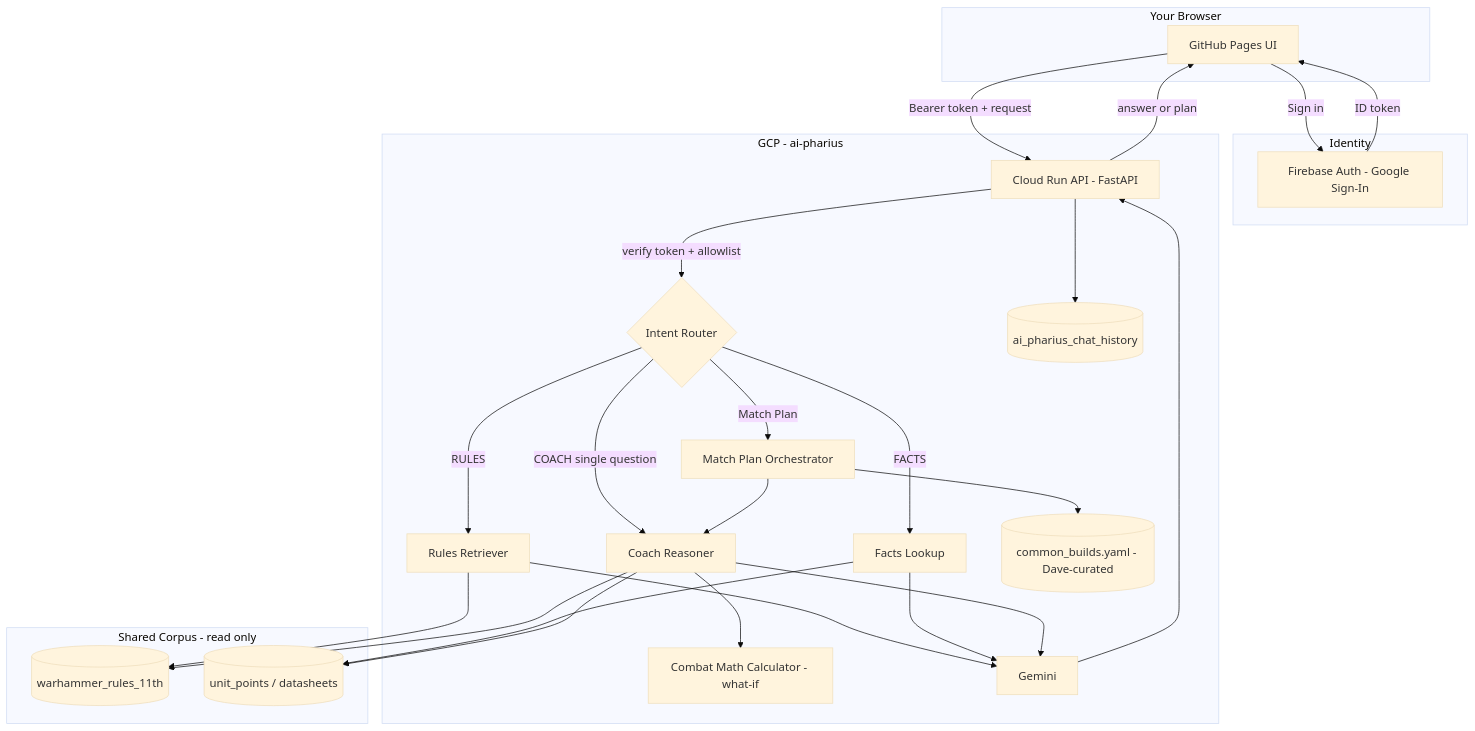
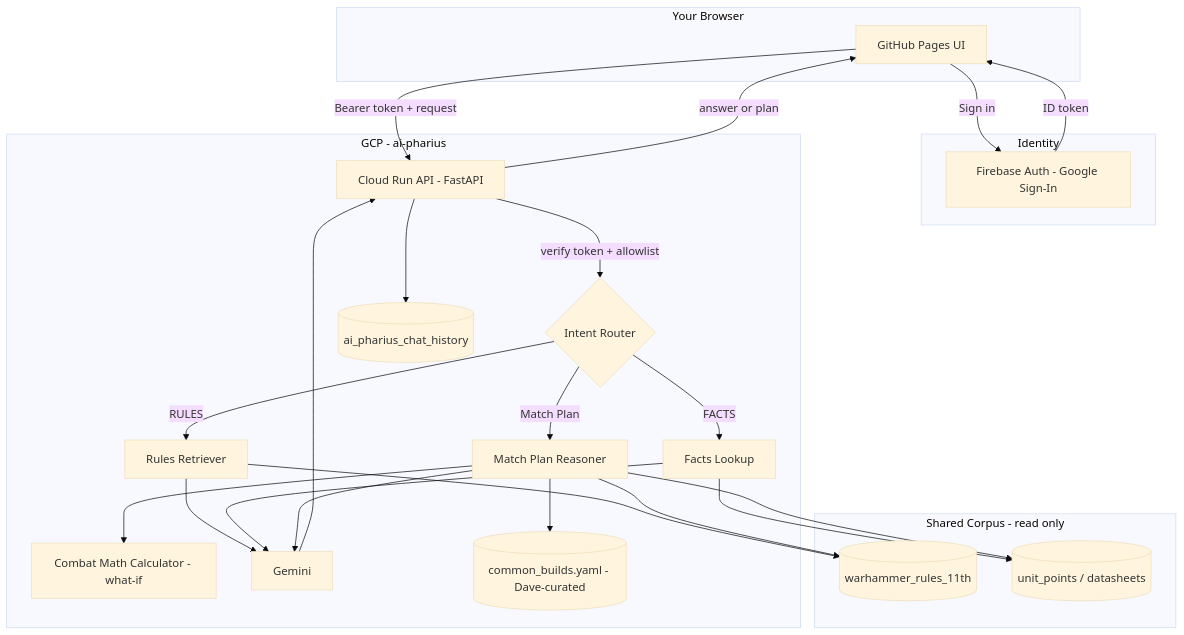
Before and after one commit to Tyberium/ai-pharius: the first of 3 diagrams in docs/design.md, drawn with Mermaid (base theme). The commit also changed other lines of this file and 4 other files, not shown here.

First line of the commit message:
Remove COACH as a separate mode; fold reasoning into Match Plan

````diff
--- a/docs/design.md
+++ b/docs/design.md
@@ -112,50 +110,47 @@
 ```mermaid
 flowchart TB
     subgraph browser [Your Browser]
         pages[GitHub Pages UI]
     end
 
     subgraph identity [Identity]
         firebaseAuth[Firebase Auth - Google Sign-In]
     end
 
     subgraph gcp [GCP - ai-pharius]
         api[Cloud Run API - FastAPI]
         router{Intent Router}
         rulesTool[Rules Retriever]
         factsTool[Facts Lookup]
-        coachTool[Coach Reasoner]
-        planTool[Match Plan Orchestrator]
+        planTool[Match Plan Reasoner]
         mathTool[Combat Math Calculator - what-if]
         llm[Gemini]
         commonBuilds[("common_builds.yaml - Dave-curated")]
         cache[("ai_pharius_chat_history")]
     end
 
     subgraph corpus [Shared Corpus - read only]
         rulesDb[("warhammer_rules_11th")]
         unitsDb[("unit_points / datasheets")]
     end
 
     pages -->|"Sign in"| firebaseAuth
     firebaseAuth -->|"ID token"| pages
     pages -->|"Bearer token + request"| api
     api -->|"verify token + allowlist"| router
     router -->|RULES| rulesTool
     router -->|FACTS| factsTool
-    router -->|"COACH single question"| coachTool
     router -->|"Match Plan"| planTool
-    planTool --> coachTool
     planTool --> commonBuilds
-    coachTool --> mathTool
+    planTool --> mathTool
     rulesTool --> rulesDb
     factsTool --> unitsDb
-    coachTool --> unitsDb
-    coachTool --> rulesDb
+    planTool --> unitsDb
+    planTool --> rulesDb
     rulesTool --> llm
     factsTool --> llm
-    coachTool --> llm
+    planTool --> llm
     llm --> api
     api --> cache
     api -->|"answer or plan"| pages
 ```
````
